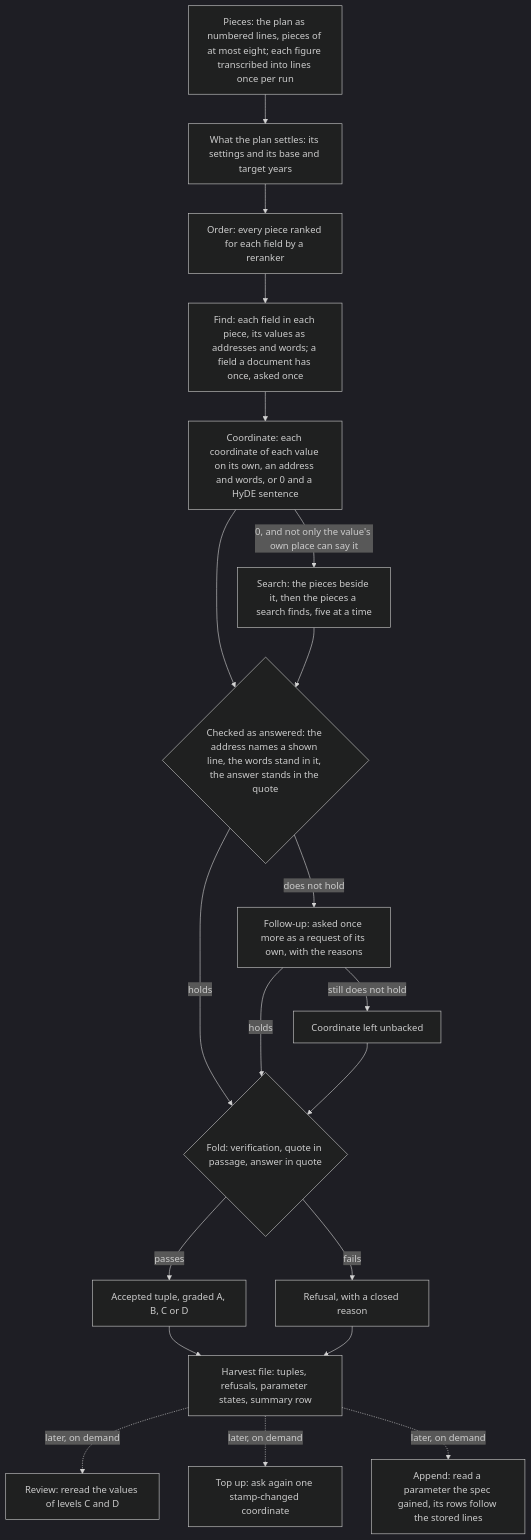
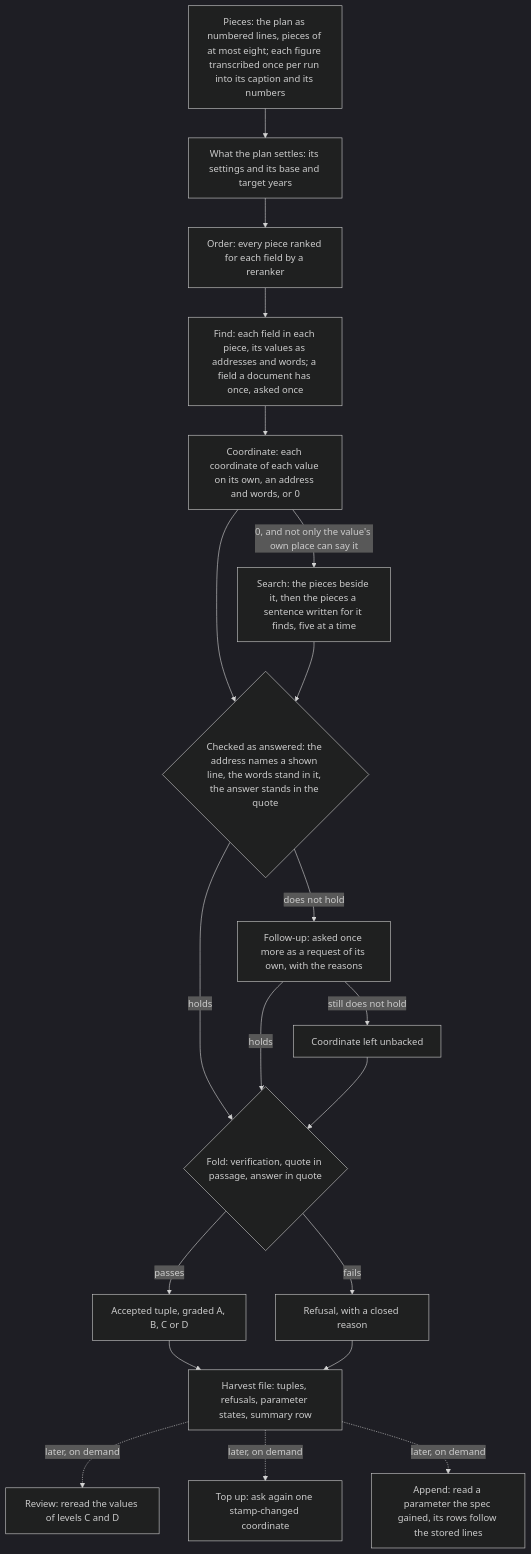
One commit to OpenEnergyPlatform/municipal-heat-planning-pdf-processing changed the first of 2 diagrams in docs/_intros/stages/extraction.md. Above: the diagram before and after it, drawn with Mermaid (dark theme). The commit also changed other lines of this file and 46 other files, not shown here.

````diff
--- a/docs/_intros/stages/extraction.md
+++ b/docs/_intros/stages/extraction.md
@@ -43,22 +43,22 @@
 ```mermaid
 flowchart TD
-    cut[Pieces: the plan as numbered lines, pieces of at most eight; each figure transcribed into lines once per run] --> settled[What the plan settles: its settings and its base and target years]
+    cut[Pieces: the plan as numbered lines, pieces of at most eight; each figure transcribed once per run into its caption and its numbers] --> settled[What the plan settles: its settings and its base and target years]
     settled --> order[Order: every piece ranked for each field by a reranker]
     order --> find[Find: each field in each piece, its values as addresses and words; a field a document has once, asked once]
-    find --> coord[Coordinate: each coordinate of each value on its own, an address and words, or 0 and a HyDE sentence]
-    coord -->|0, and not only the value's own place can say it| search[Search: the pieces beside it, then the pieces a search finds, five at a time]
+    find --> coord[Coordinate: each coordinate of each value on its own, an address and words, or 0]
+    coord -->|0, and not only the value's own place can say it| search[Search: the pieces beside it, then the pieces a sentence written for it finds, five at a time]
     coord --> check{Checked as answered: the address names a shown line, the words stand in it, the answer stands in the quote}
     search --> check
     check -->|does not hold| follow[Follow-up: asked once more as a request of its own, with the reasons]
     follow -->|still does not hold| unbacked[Coordinate left unbacked]
     check -->|holds| fold
     follow -->|holds| fold
     unbacked --> fold
     fold{Fold: verification, quote in passage, answer in quote} -->|passes| tuple[Accepted tuple, graded A, B, C or D]
     fold -->|fails| refusal[Refusal, with a closed reason]
     tuple --> harvest[Harvest file: tuples, refusals, parameter states, summary row]
     refusal --> harvest
     harvest -. later, on demand .-> review[Review: reread the values of levels C and D]
     harvest -. later, on demand .-> topup[Top up: ask again one stamp-changed coordinate]
     harvest -. later, on demand .-> append[Append: read a parameter the spec gained, its rows follow the stored lines]
 ```
````
